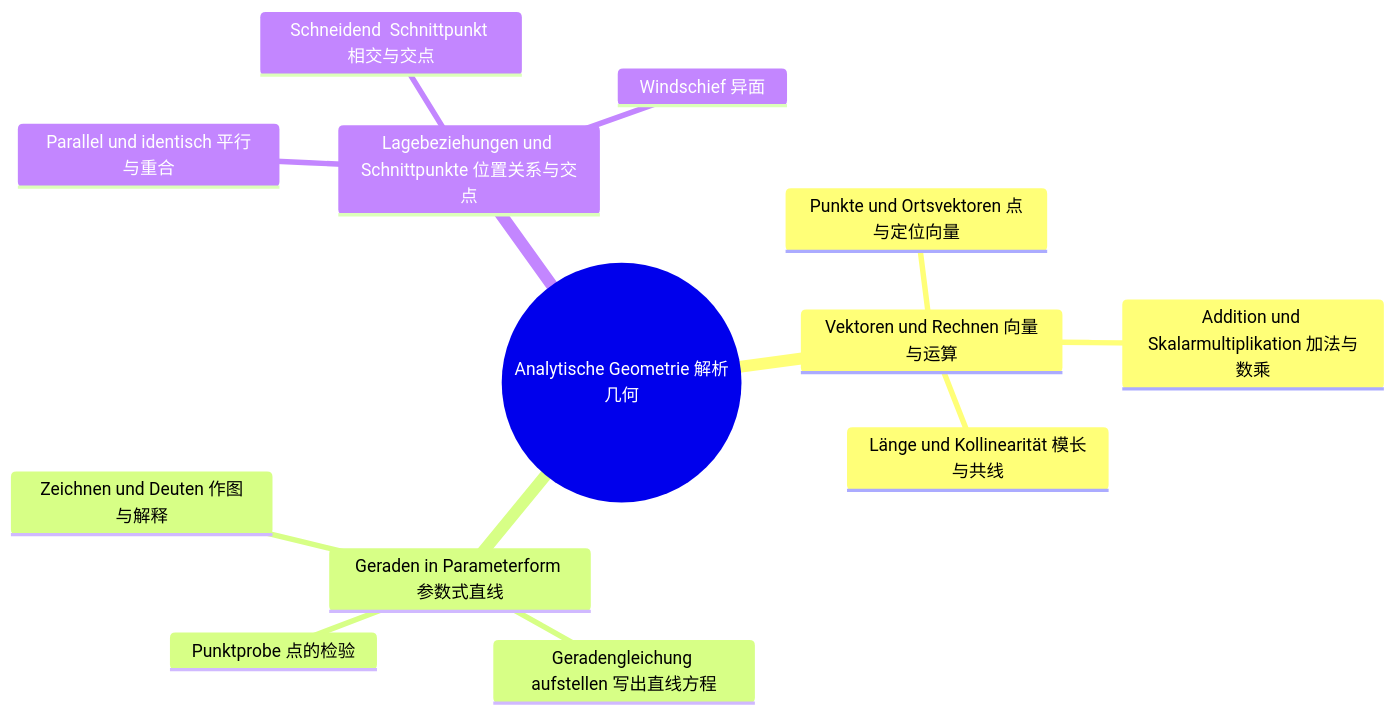
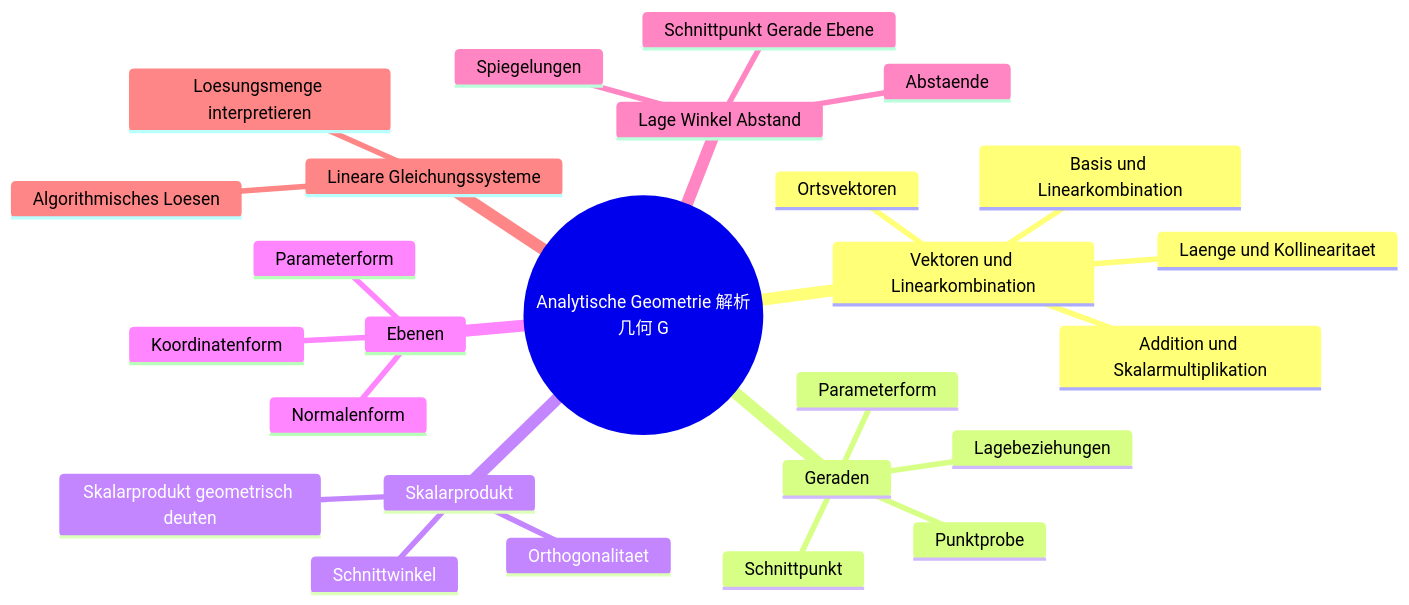
The third of 4 diagrams in 00_META/Lernbaum/Lernbaum-Mathe.md (jjjjjjjjnnjnn/EF-GeWi-Lernvault), drawn with Mermaid before and after one commit. The commit also changed other lines of this file and 5 other files, not shown here.

````diff
--- a/00_META/Lernbaum/Lernbaum-Mathe.md
+++ b/00_META/Lernbaum/Lernbaum-Mathe.md
@@ -61,16 +426,29 @@
 ```mermaid
 mindmap
-  root((Analytische Geometrie 解析几何))
-    Vektoren und Rechnen 向量与运算
-      Punkte und Ortsvektoren 点与定位向量
-      Addition und Skalarmultiplikation 加法与数乘
-      Länge und Kollinearität 模长与共线
-    Geraden in Parameterform 参数式直线
-      Geradengleichung aufstellen 写出直线方程
-      Punktprobe 点的检验
-      Zeichnen und Deuten 作图与解释
-    Lagebeziehungen und Schnittpunkte 位置关系与交点
-      Parallel und identisch 平行与重合
-      Schneidend  Schnittpunkt 相交与交点
-      Windschief 异面
+  root((Analytische Geometrie 解析几何 G))
+    Vektoren und Linearkombination
+      Ortsvektoren
+      Addition und Skalarmultiplikation
+      Laenge und Kollinearitaet
+      Basis und Linearkombination
+    Geraden
+      Parameterform
+      Punktprobe
+      Lagebeziehungen
+      Schnittpunkt
+    Skalarprodukt
+      Skalarprodukt geometrisch deuten
+      Orthogonalitaet
+      Schnittwinkel
+    Ebenen
+      Parameterform
+      Koordinatenform
+      Normalenform
+    Lage Winkel Abstand
+      Schnittpunkt Gerade Ebene
+      Abstaende
+      Spiegelungen
+    Lineare Gleichungssysteme
+      Algorithmisches Loesen
+      Loesungsmenge interpretieren
 ```
````
